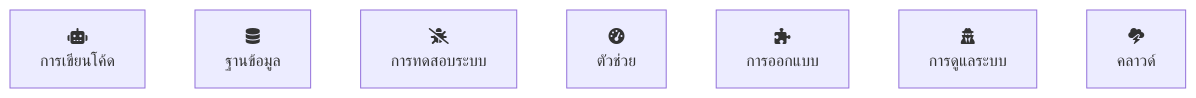
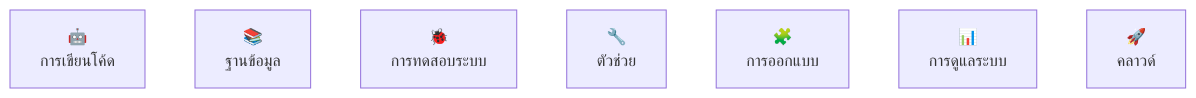
One commit to saladpuk/edu changed the third of 4 diagrams in src/pages/roadmap.md. Above: the diagram before and after it, drawn with Mermaid. The commit also changed other lines of this file and 5 other files, not shown here.

````diff
--- a/src/pages/roadmap.md
+++ b/src/pages/roadmap.md
@@ -39,10 +39,10 @@
         ```mermaid
         flowchart
-            code[fa:fa-robot\nการเขียนโค้ด]
-            database[fa:fa-database\nฐานข้อมูล]
-            testing[fa:fa-bug-slash\nการทดสอบระบบ]
-            utility[fa:fa-gauge-high\nตัวช่วย]
-            design[fa:fa-puzzle-piece\nการออกแบบ]
-            system[fa:fa-user-secret\nการดูแลระบบ]
-            cloud[fa:fa-cloud-bolt\nคลาวด์]
+            code[🤖\nการเขียนโค้ด]
+            database[📚\nฐานข้อมูล]
+            testing[🐞\nการทดสอบระบบ]
+            utility[🔧\nตัวช่วย]
+            design[🧩\nการออกแบบ]
+            system[📊\nการดูแลระบบ]
+            cloud[🚀\nคลาวด์]
         ```
````
